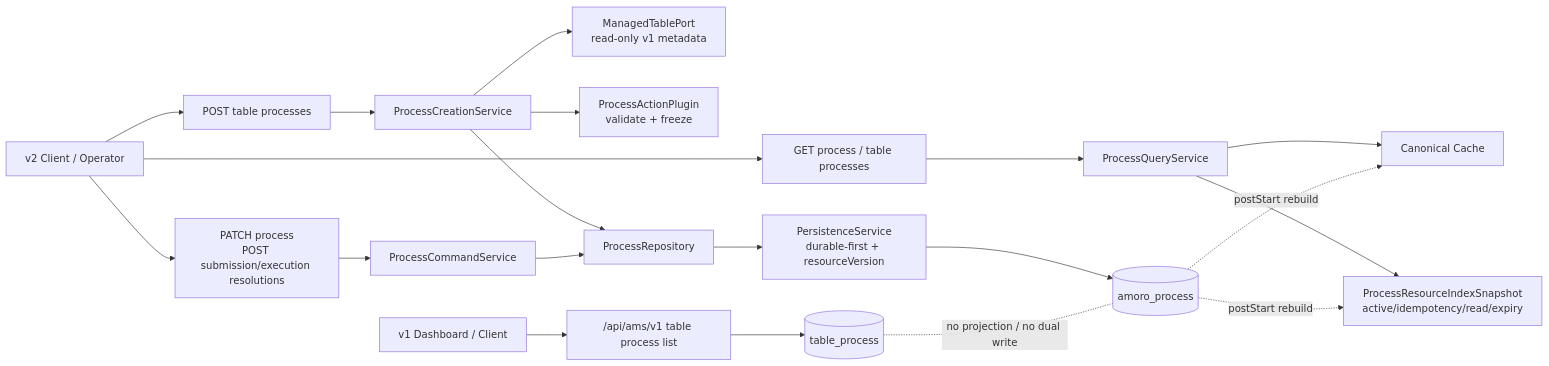
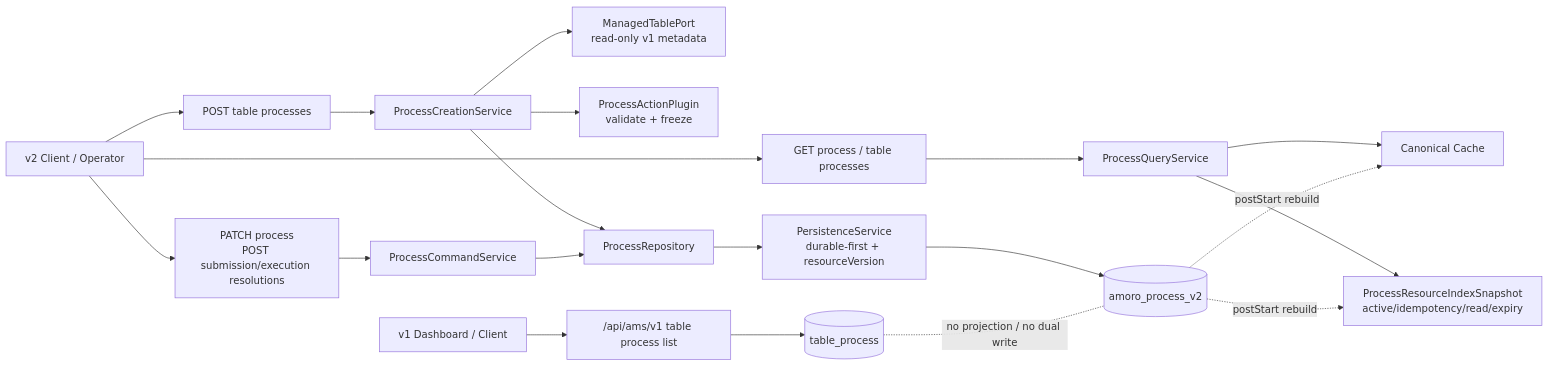
Before and after one commit to GlacioData/amoro: the fifth of 5 diagrams in tasks/amoro-ams-v2-process-spec.md, drawn with Mermaid. The commit also changed other lines of this file and 6 other files, not shown here.

````diff
--- a/tasks/amoro-ams-v2-process-spec.md
+++ b/tasks/amoro-ams-v2-process-spec.md
@@ -713,34 +749,34 @@
 ```mermaid
 flowchart LR
     V2C["v2 Client / Operator"]
     CREATE["POST table processes"]
     READ["GET process / table processes"]
     COMMAND["PATCH process<br/>POST submission/execution resolutions"]
     CS["ProcessCreationService"]
     QS["ProcessQueryService"]
     CMS["ProcessCommandService"]
     TABLE["ManagedTablePort\nread-only v1 metadata"]
     ACTION["ProcessActionPlugin\nvalidate + freeze"]
     REPO["ProcessRepository"]
     PERSIST["PersistenceService\ndurable-first + resourceVersion"]
     CACHE["Canonical Cache"]
     INDEX["ProcessResourceIndexSnapshot\nactive/idempotency/read/expiry"]
-    DB[("amoro_process")]
+    DB[("amoro_process_v2")]
 
     V1C["v1 Dashboard / Client"]
     V1API["/api/ams/v1 table process list"]
     V1DB[("table_process")]
 
     V2C --> CREATE --> CS --> REPO --> PERSIST --> DB
     CS --> TABLE
     CS --> ACTION
     V2C --> READ --> QS
     QS --> INDEX
     QS --> CACHE
     V2C --> COMMAND --> CMS --> REPO
     DB -.->|postStart rebuild| CACHE
     DB -.->|postStart rebuild| INDEX
 
     V1C --> V1API --> V1DB
     V1DB -. "no projection / no dual write" .- DB
 ```
````
